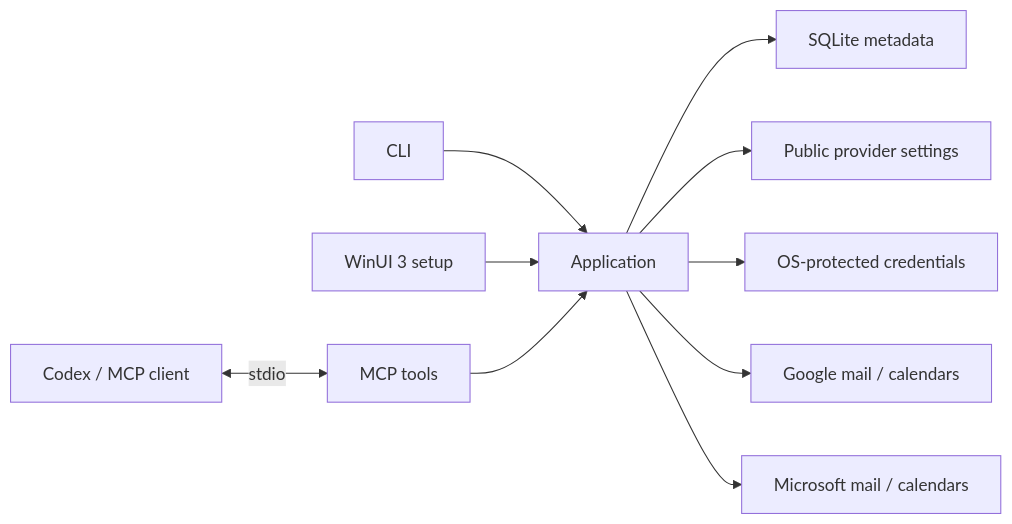
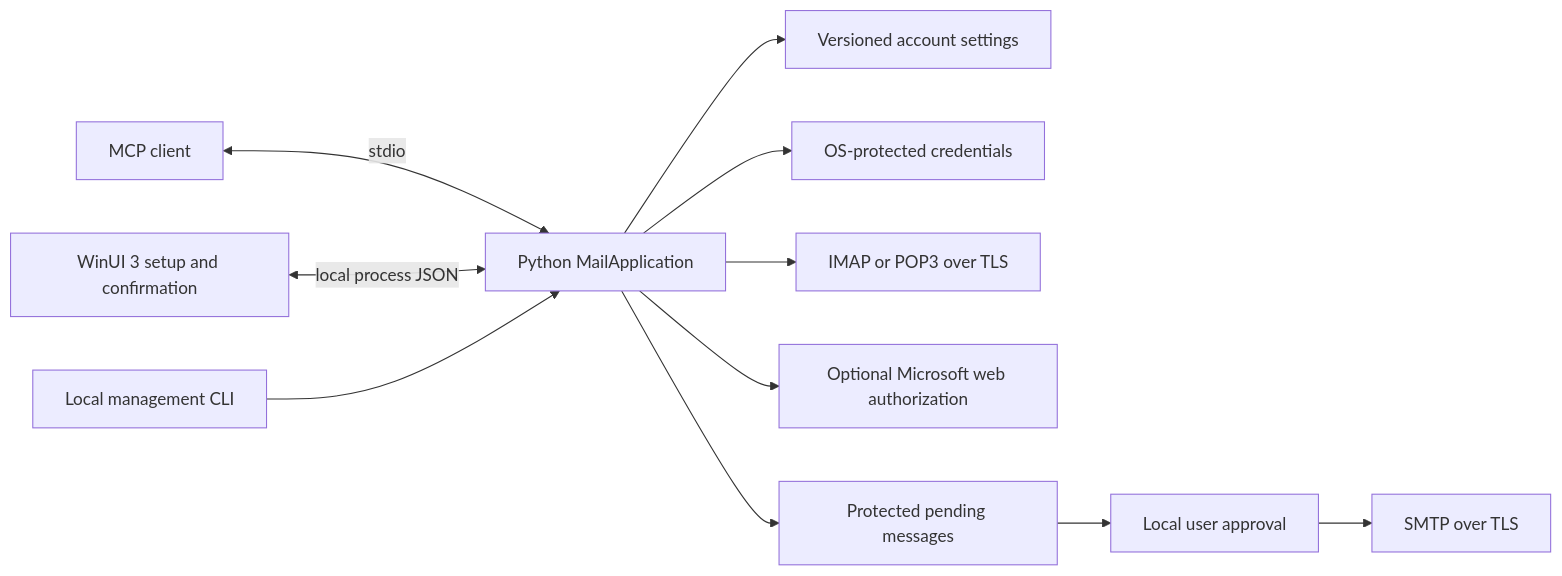
The diagram in docs/ARCHITECTURE.md (umbertotechnopreneur/AgentInbox), drawn with Mermaid before and after one commit. The commit also changed other lines of this file and 339 other files, not shown here.

First line of the commit message:
Replace the former backend with the validated Python mail engine (#32)

````diff
--- a/docs/ARCHITECTURE.md
+++ b/docs/ARCHITECTURE.md
@@ -5,12 +7,13 @@
 ```mermaid
 flowchart LR
-    CLI[CLI] --> APP[Application]
-    DESKTOP[WinUI 3 setup] --> APP
-    CLIENT[Codex / MCP client] <-->|stdio| MCP[MCP tools]
-    MCP --> APP
-    APP --> DB[SQLite metadata]
-    APP --> SETTINGS[Public provider settings]
-    APP --> VAULT[OS-protected credentials]
-    APP --> GOOGLE[Google mail / calendars]
-    APP --> MS[Microsoft mail / calendars]
+    CLIENT[MCP client] <-->|stdio| PY[Python MailApplication]
+    UI[WinUI 3 setup and confirmation] <-->|local process JSON| PY
+    CLI[Local management CLI] --> PY
+    PY --> CONFIG[Versioned account settings]
+    PY --> VAULT[OS-protected credentials]
+    PY --> MAIL[IMAP or POP3 over TLS]
+    PY --> AUTH[Optional Microsoft web authorization]
+    PY --> PENDING[Protected pending messages]
+    PENDING --> REVIEW[Local user approval]
+    REVIEW --> SMTP[SMTP over TLS]
 ```
````
